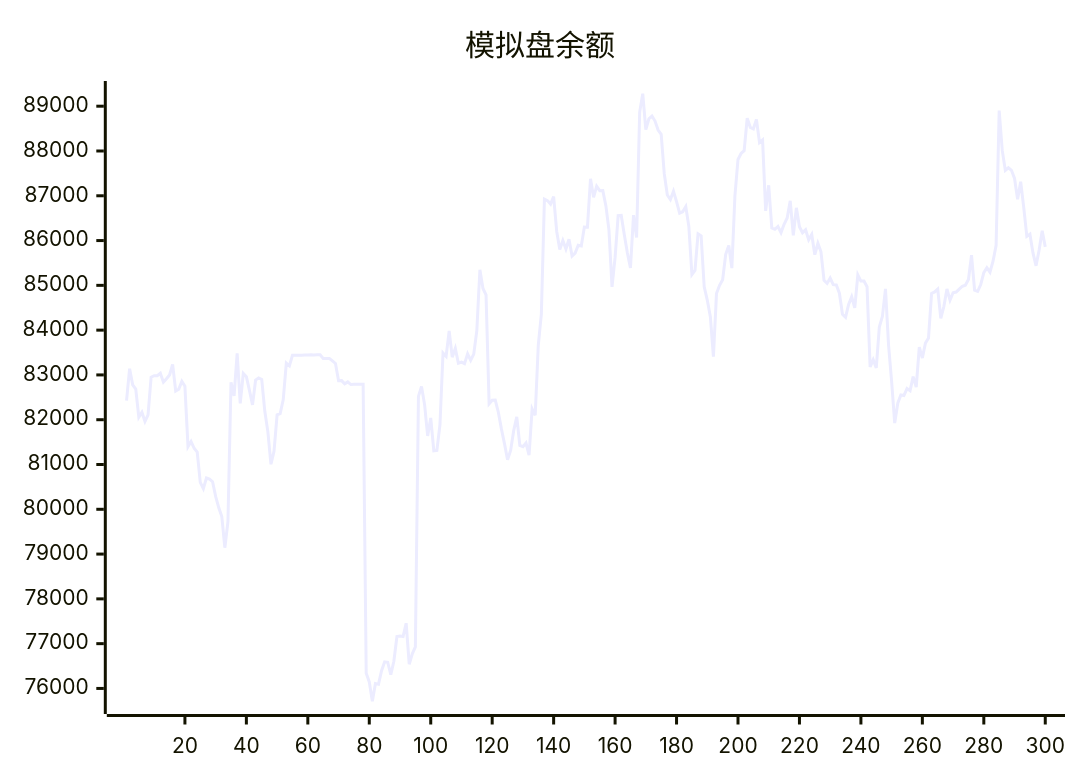
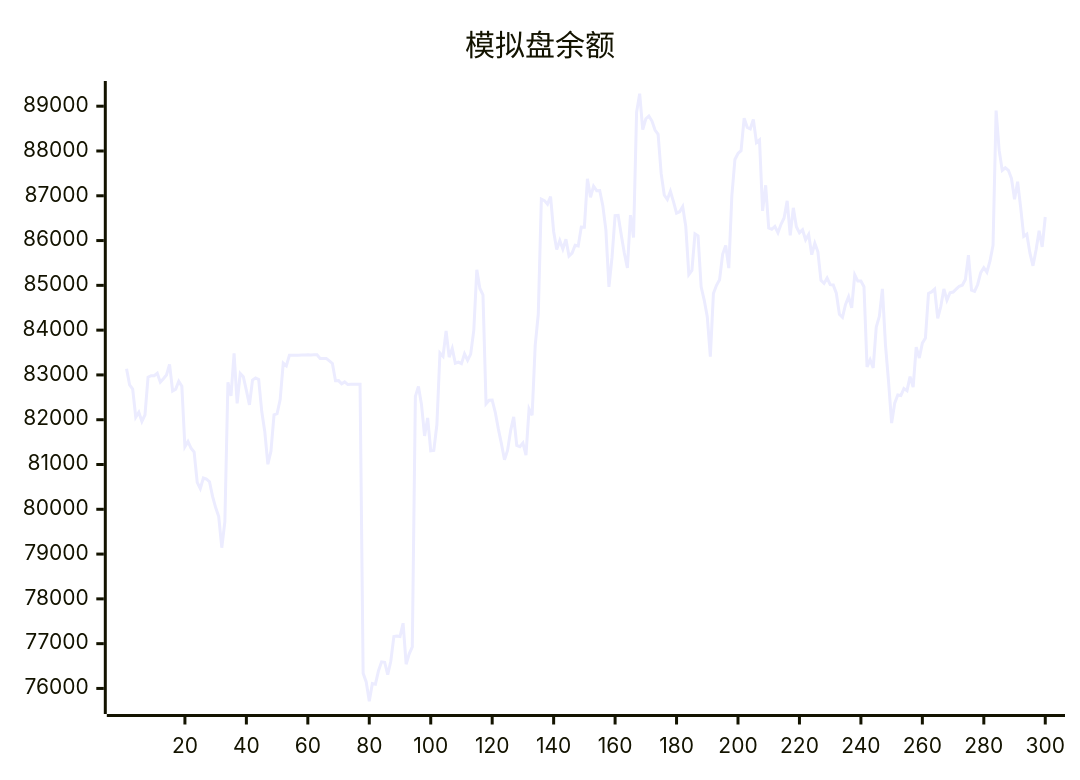
One commit to aahl/ai-trading changed the diagram in README.md. Above: the diagram before and after it, drawn with Mermaid. The commit also changed other lines of this file and 1 other file, not shown here.

````diff
--- a/README.md
+++ b/README.md
@@ -5,5 +5,5 @@
 ```mermaid
 xychart
     title "模拟盘余额"
-    line [82426,83139,82778,82686,82056,82166,81963,82110,82951,82983,82984,83038,82838,82915,82998,83235,82642,82682,82858,82746,81396,81512,81362,81277,80600,80461,80699,80673,80616,80288,80038,79836,79142,79722,82837,82533,83480,82366,83032,82960,82654,82330,82883,82934,82901,82188,81728,81005,81298,82110,82135,82449,83264,83203,83440,83439,83440,83440,83446,83447,83448,83447,83448,83449,83369,83369,83369,83313,83256,82872,82873,82801,82844,82785,82791,82791,82793,82794,76339,76145,75714,76110,76096,76397,76594,76585,76310,76607,77160,77170,77160,77456,76541,76774,76927,82520,82744,82337,81639,82040,81307,81314,81887,83490,83414,83984,83396,83594,83261,83287,83253,83470,83327,83465,83987,85348,84930,84786,82355,82433,82438,82167,81795,81466,81105,81315,81756,82064,81426,81398,81481,81210,82242,82099,83658,84359,86925,86892,86814,86980,86203,85802,86003,85811,86028,85657,85721,85896,85880,86300,86299,87378,86965,87214,87115,87118,86780,86238,84966,85623,86555,86562,86129,85722,85387,86569,86070,88870,89278,88477,88720,88781,88668,88467,88372,87493,87018,86917,87102,86870,86613,86644,86758,86317,85242,85334,86149,86106,84968,84671,84302,83410,84816,85001,85127,85693,85891,85384,87001,87811,87945,88007,88734,88528,88495,88705,88189,88248,86662,87234,86279,86251,86314,86177,86364,86503,86886,86114,86731,86310,86176,86240,86017,86136,85685,85938,85749,85111,85044,85164,85016,85008,84824,84354,84287,84572,84745,84500,85234,85096,85095,84970,83180,83338,83157,84070,84309,84922,83667,82850,81924,82369,82552,82539,82695,82648,82962,82728,83619,83378,83710,83825,84819,84854,84917,84265,84527,84919,84668,84834,84850,84916,84981,85004,85131,85674,84891,84864,85019,85284,85393,85294,85538,85894,88904,88012,87567,87625,87568,87386,86920,87313,86737,86094,86143,85725,85437,85787,86219,85859]
+    line [83139,82778,82686,82056,82166,81963,82110,82951,82983,82984,83038,82838,82915,82998,83235,82642,82682,82858,82746,81396,81512,81362,81277,80600,80461,80699,80673,80616,80288,80038,79836,79142,79722,82837,82533,83480,82366,83032,82960,82654,82330,82883,82934,82901,82188,81728,81005,81298,82110,82135,82449,83264,83203,83440,83439,83440,83440,83446,83447,83448,83447,83448,83449,83369,83369,83369,83313,83256,82872,82873,82801,82844,82785,82791,82791,82793,82794,76339,76145,75714,76110,76096,76397,76594,76585,76310,76607,77160,77170,77160,77456,76541,76774,76927,82520,82744,82337,81639,82040,81307,81314,81887,83490,83414,83984,83396,83594,83261,83287,83253,83470,83327,83465,83987,85348,84930,84786,82355,82433,82438,82167,81795,81466,81105,81315,81756,82064,81426,81398,81481,81210,82242,82099,83658,84359,86925,86892,86814,86980,86203,85802,86003,85811,86028,85657,85721,85896,85880,86300,86299,87378,86965,87214,87115,87118,86780,86238,84966,85623,86555,86562,86129,85722,85387,86569,86070,88870,89278,88477,88720,88781,88668,88467,88372,87493,87018,86917,87102,86870,86613,86644,86758,86317,85242,85334,86149,86106,84968,84671,84302,83410,84816,85001,85127,85693,85891,85384,87001,87811,87945,88007,88734,88528,88495,88705,88189,88248,86662,87234,86279,86251,86314,86177,86364,86503,86886,86114,86731,86310,86176,86240,86017,86136,85685,85938,85749,85111,85044,85164,85016,85008,84824,84354,84287,84572,84745,84500,85234,85096,85095,84970,83180,83338,83157,84070,84309,84922,83667,82850,81924,82369,82552,82539,82695,82648,82962,82728,83619,83378,83710,83825,84819,84854,84917,84265,84527,84919,84668,84834,84850,84916,84981,85004,85131,85674,84891,84864,85019,85284,85393,85294,85538,85894,88904,88012,87567,87625,87568,87386,86920,87313,86737,86094,86143,85725,85437,85787,86219,85859,86526]
 ```
````
